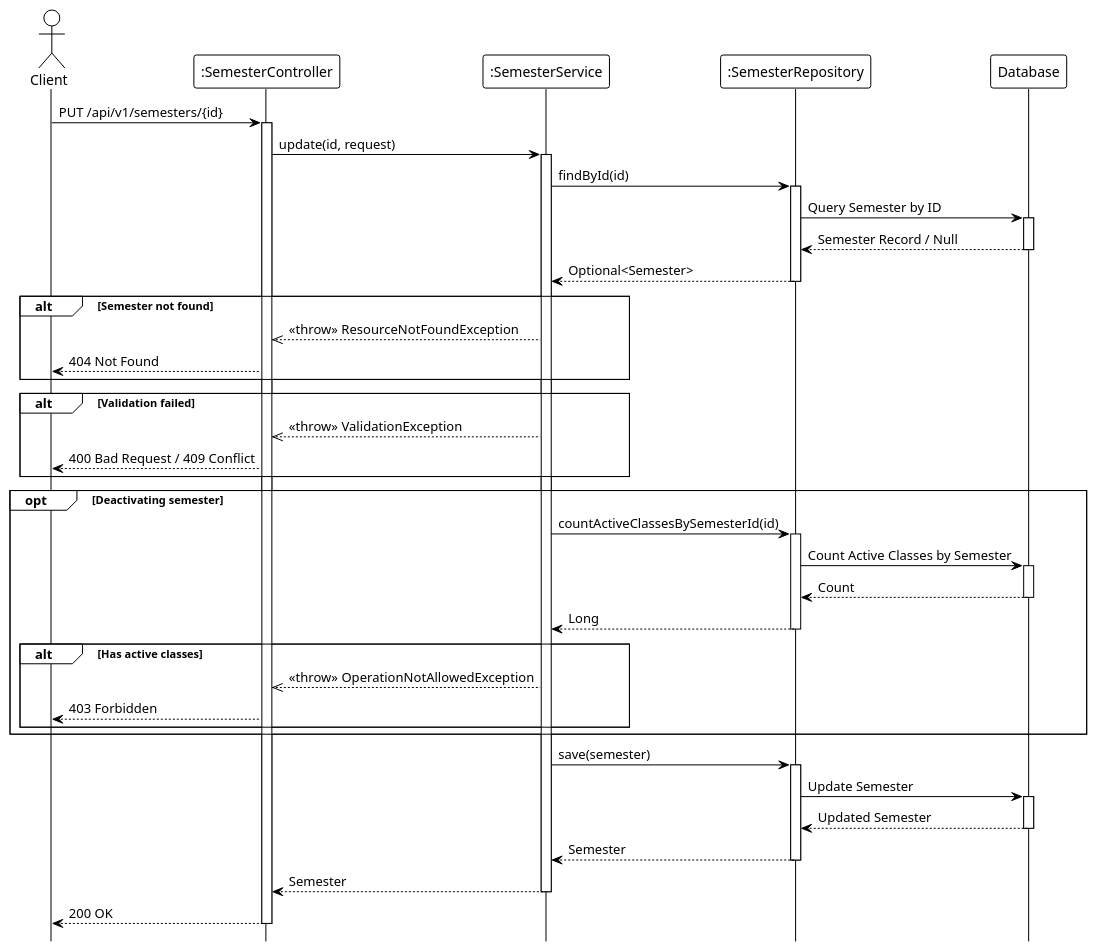
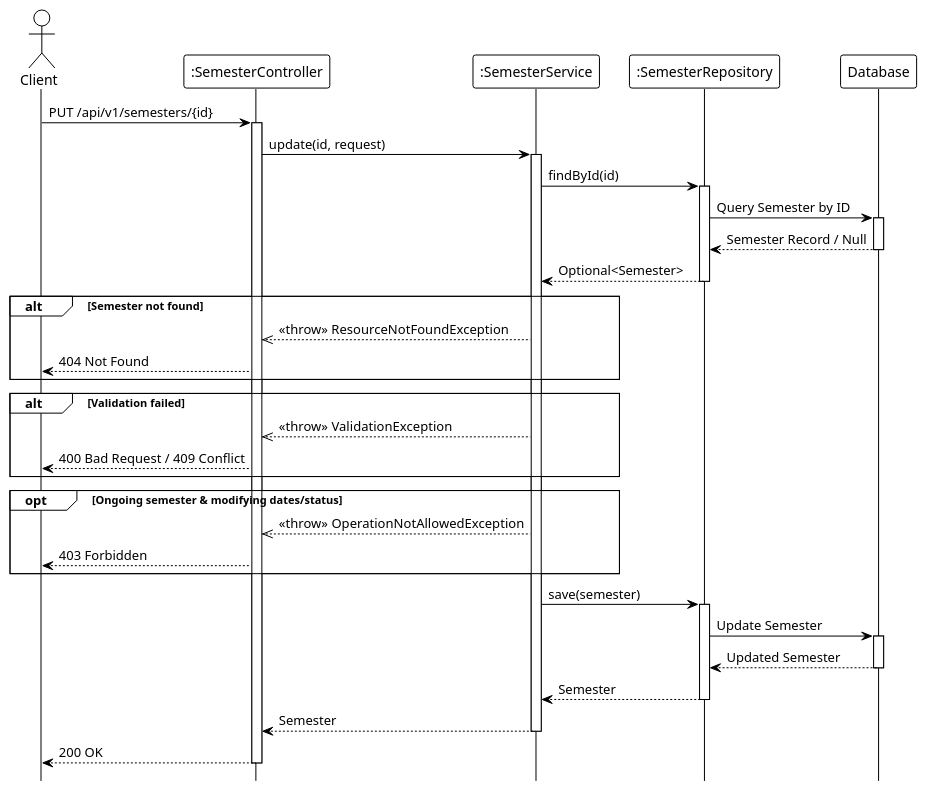
One commit to Ndh474/context changed the diagram in system_detailed_design/07_update_semester/sequence_diagram_update_semester.puml. Above: the diagram before and after it, drawn with PlantUML. The commit also changed 1 other file, not shown here.

Commit message:
refactor(diagrams): remove unused methods and simplify validation logic in update semester diagrams

```diff
--- a/system_detailed_design/07_update_semester/sequence_diagram_update_semester.puml
+++ b/system_detailed_design/07_update_semester/sequence_diagram_update_semester.puml
@@ -1,80 +1,67 @@
 @startuml update_semester
 !theme plain
 hide footbox
 
 actor Client
 participant ":SemesterController" as Controller
 participant ":SemesterService" as Service
 participant ":SemesterRepository" as Repository
 participant "Database" as DB
 
 ' --- MAIN FLOW ---
 Client -> Controller: PUT /api/v1/semesters/{id}
 activate Controller
 
 Controller -> Service: update(id, request)
 activate Service
 
 ' --- FIND EXISTING ---
 Service -> Repository: findById(id)
 activate Repository
 
 Repository -> DB: Query Semester by ID
 activate DB
 DB --> Repository: Semester Record / Null
 deactivate DB
 
 Repository --> Service: Optional<Semester>
 deactivate Repository
 
 alt Semester not found
     Service -->> Controller: <<throw>> ResourceNotFoundException
     Controller --> Client: 404 Not Found
 end
 
 ' --- VALIDATION LOGIC ---
 ' Validation logic (internal)
 
 alt Validation failed
     Service -->> Controller: <<throw>> ValidationException
     Controller --> Client: 400 Bad Request / 409 Conflict
 end
 
-' --- DEACTIVATION CHECK ---
-opt Deactivating semester
-    Service -> Repository: countActiveClassesBySemesterId(id)
-    activate Repository
-
-    Repository -> DB: Count Active Classes by Semester
-    activate DB
-    DB --> Repository: Count
-    deactivate DB
-
-    Repository --> Service: Long
-    deactivate Repository
-
-    alt Has active classes
-        Service -->> Controller: <<throw>> OperationNotAllowedException
-        Controller --> Client: 403 Forbidden
-    end
+' --- ONGOING CHECK ---
+opt Ongoing semester & modifying dates/status
+    Service -->> Controller: <<throw>> OperationNotAllowedException
+    Controller --> Client: 403 Forbidden
 end
 
 ' --- UPDATE ---
 Service -> Repository: save(semester)
 activate Repository
 
 Repository -> DB: Update Semester
 activate DB
 DB --> Repository: Updated Semester
 deactivate DB
 
 Repository --> Service: Semester
 deactivate Repository
 
 Service --> Controller: Semester
 deactivate Service
 
 Controller --> Client: 200 OK
 deactivate Controller
 
 @enduml
```
